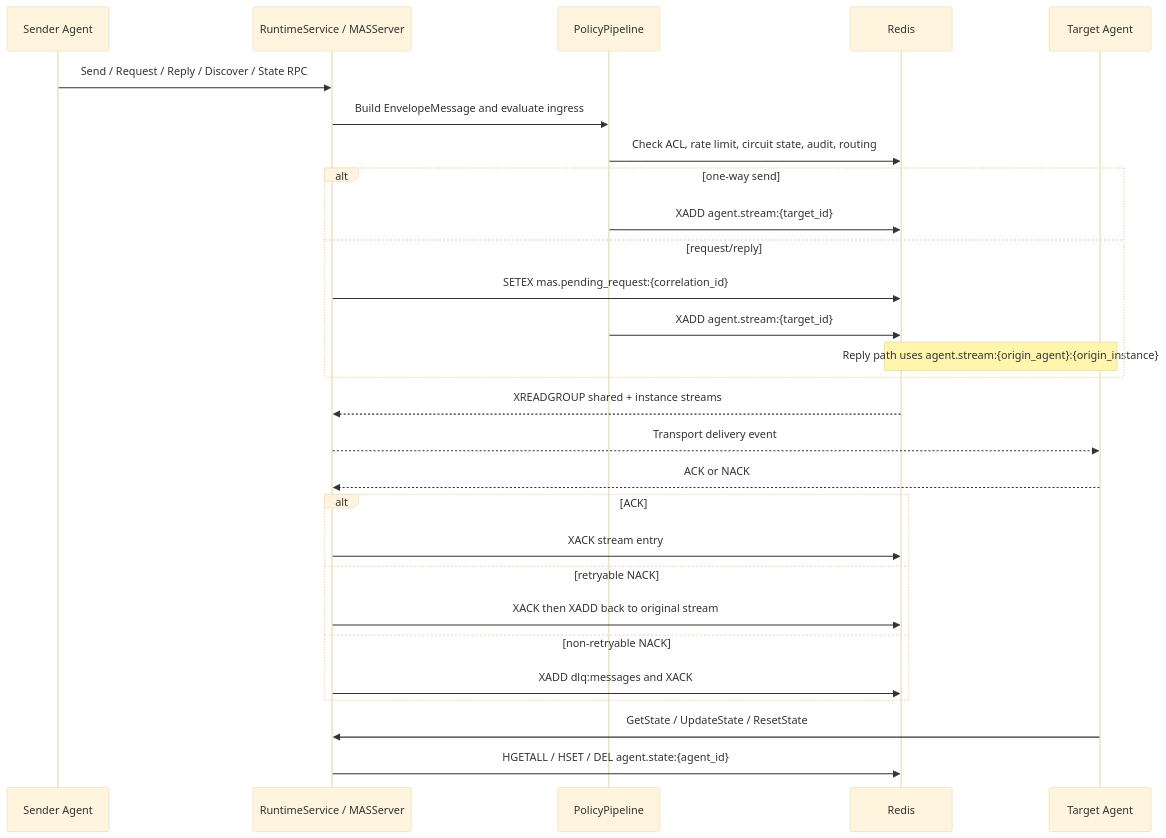
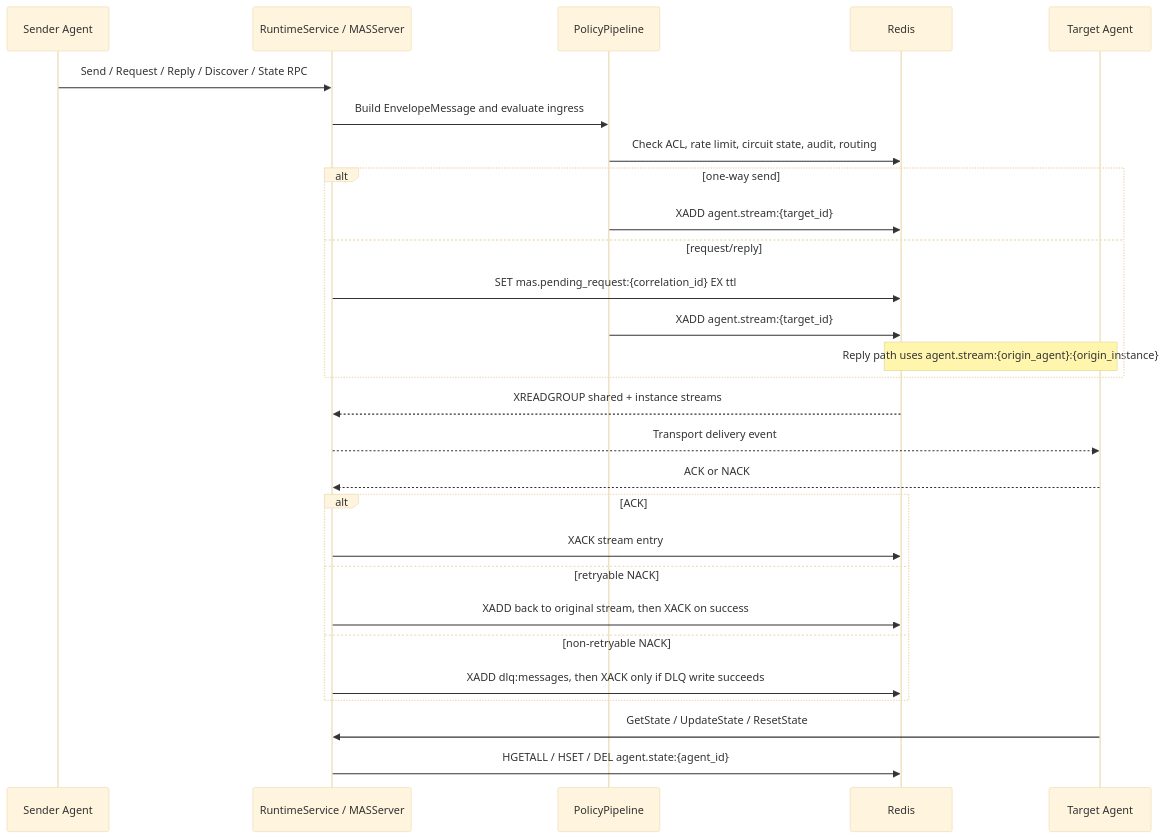
One commit to Vokality/mas-framework changed the third of 4 diagrams in docs/architecture.md. Above: the diagram before and after it, drawn with Mermaid (base theme). The commit also changed other lines of this file and 27 other files, not shown here.

````diff
--- a/docs/architecture.md
+++ b/docs/architecture.md
@@ -110,35 +110,35 @@
 ```mermaid
 sequenceDiagram
     participant Sender as Sender Agent
     participant Server as RuntimeService / MASServer
     participant Policy as PolicyPipeline
     participant Redis as Redis
     participant Target as Target Agent
 
     Sender->>Server: Send / Request / Reply / Discover / State RPC
     Server->>Policy: Build EnvelopeMessage and evaluate ingress
     Policy->>Redis: Check ACL, rate limit, circuit state, audit, routing
 
     alt one-way send
         Policy->>Redis: XADD agent.stream:{target_id}
     else request/reply
-        Server->>Redis: SETEX mas.pending_request:{correlation_id}
+        Server->>Redis: SET mas.pending_request:{correlation_id} EX ttl
         Policy->>Redis: XADD agent.stream:{target_id}
         Note over Redis,Target: Reply path uses agent.stream:{origin_agent}:{origin_instance}
     end
 
     Redis-->>Server: XREADGROUP shared + instance streams
     Server-->>Target: Transport delivery event
     Target-->>Server: ACK or NACK
 
     alt ACK
         Server->>Redis: XACK stream entry
     else retryable NACK
-        Server->>Redis: XACK then XADD back to original stream
+        Server->>Redis: XADD back to original stream, then XACK on success
     else non-retryable NACK
-        Server->>Redis: XADD dlq:messages and XACK
+        Server->>Redis: XADD dlq:messages, then XACK only if DLQ write succeeds
     end
 
     Target->>Server: GetState / UpdateState / ResetState
     Server->>Redis: HGETALL / HSET / DEL agent.state:{agent_id}
 ```
````
